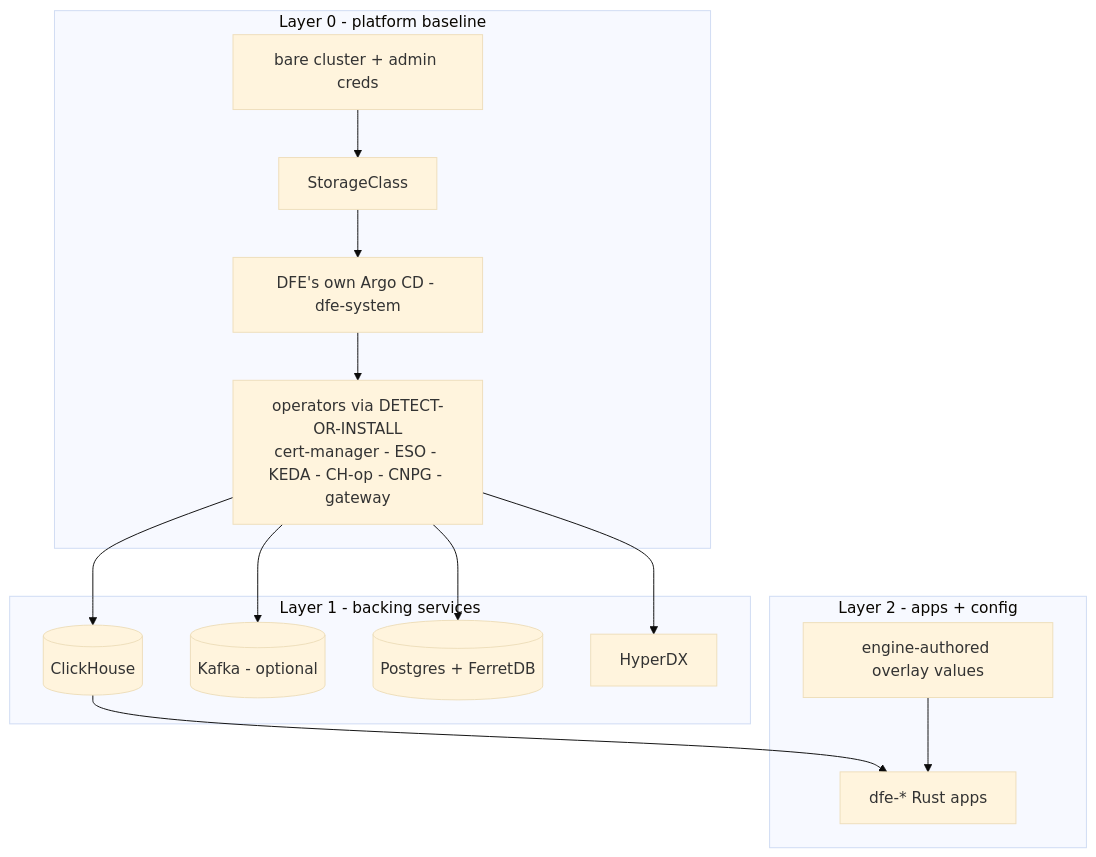
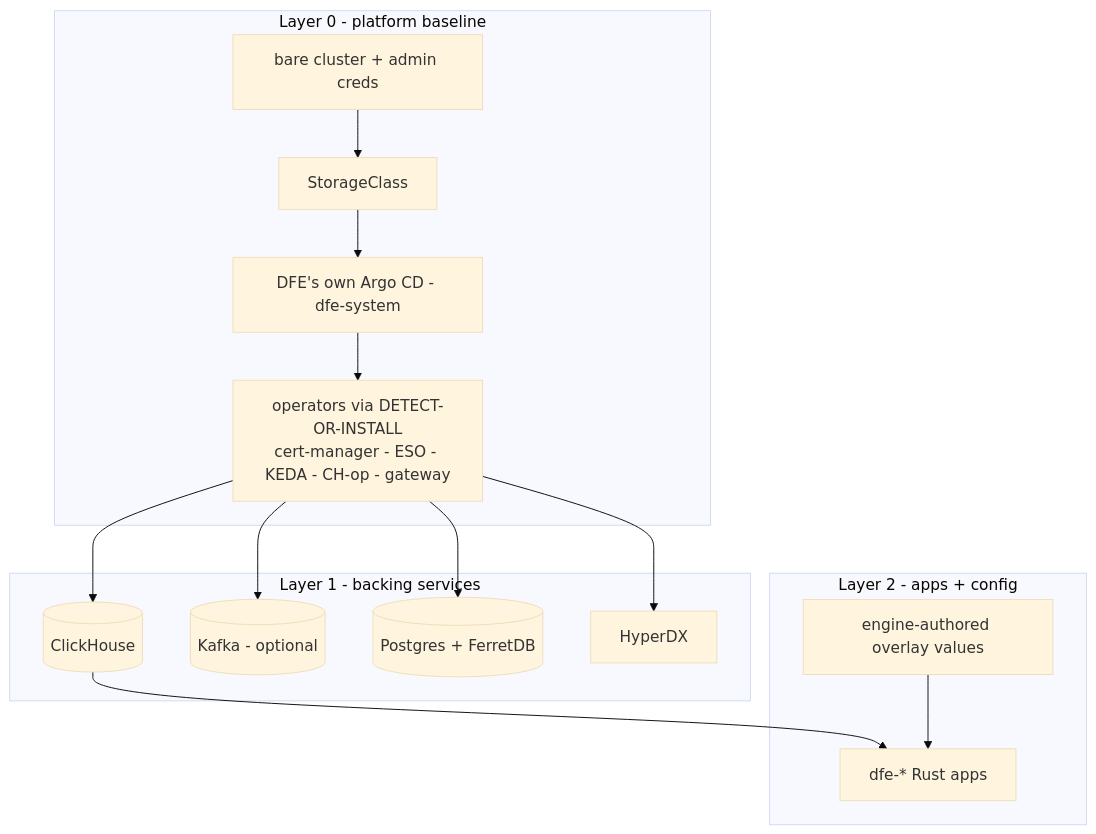
Before and after one commit to hyperi-io/dfe-engine: the diagram in docs/deployment/index.md, drawn with Mermaid (base theme). The commit also changed other lines of this file, not shown here.

````diff
--- a/docs/deployment/index.md
+++ b/docs/deployment/index.md
@@ -24,23 +24,23 @@
 ```mermaid
 flowchart TB
     subgraph L0["Layer 0 - platform baseline"]
         BARE[bare cluster + admin creds]
         STORE[StorageClass]
         DARGO[DFE's own Argo CD - dfe-system]
-        OPS[operators via DETECT-OR-INSTALL<br/>cert-manager - ESO - KEDA - CH-op - CNPG - gateway]
+        OPS[operators via DETECT-OR-INSTALL<br/>cert-manager - ESO - KEDA - CH-op - gateway]
     end
     subgraph L1["Layer 1 - backing services"]
         CH[(ClickHouse)]
         KAFKA[(Kafka - optional)]
         PG[(Postgres + FerretDB)]
         HDX[HyperDX]
     end
     subgraph L2["Layer 2 - apps + config"]
         RUST[dfe-* Rust apps]
         OVERLAY[engine-authored overlay values]
     end
     BARE --> STORE --> DARGO --> OPS
     OPS --> CH & KAFKA & PG & HDX
     CH --> RUST
     OVERLAY --> RUST
 ```
````
